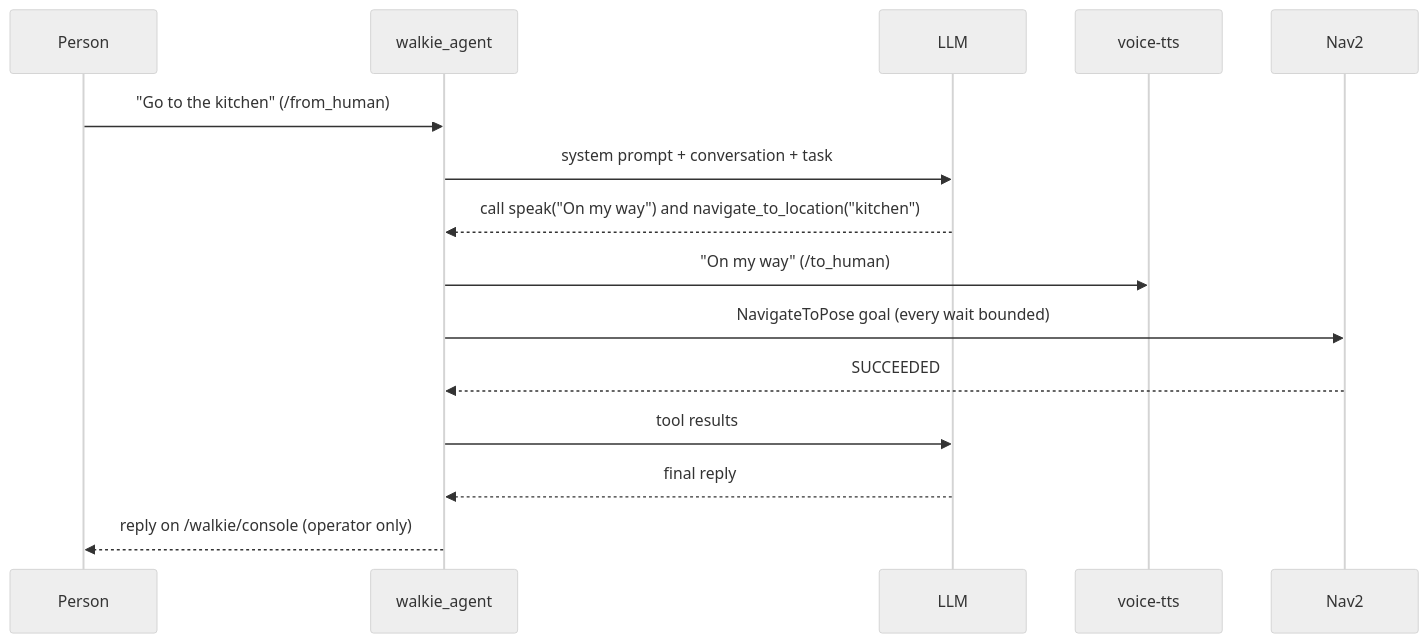
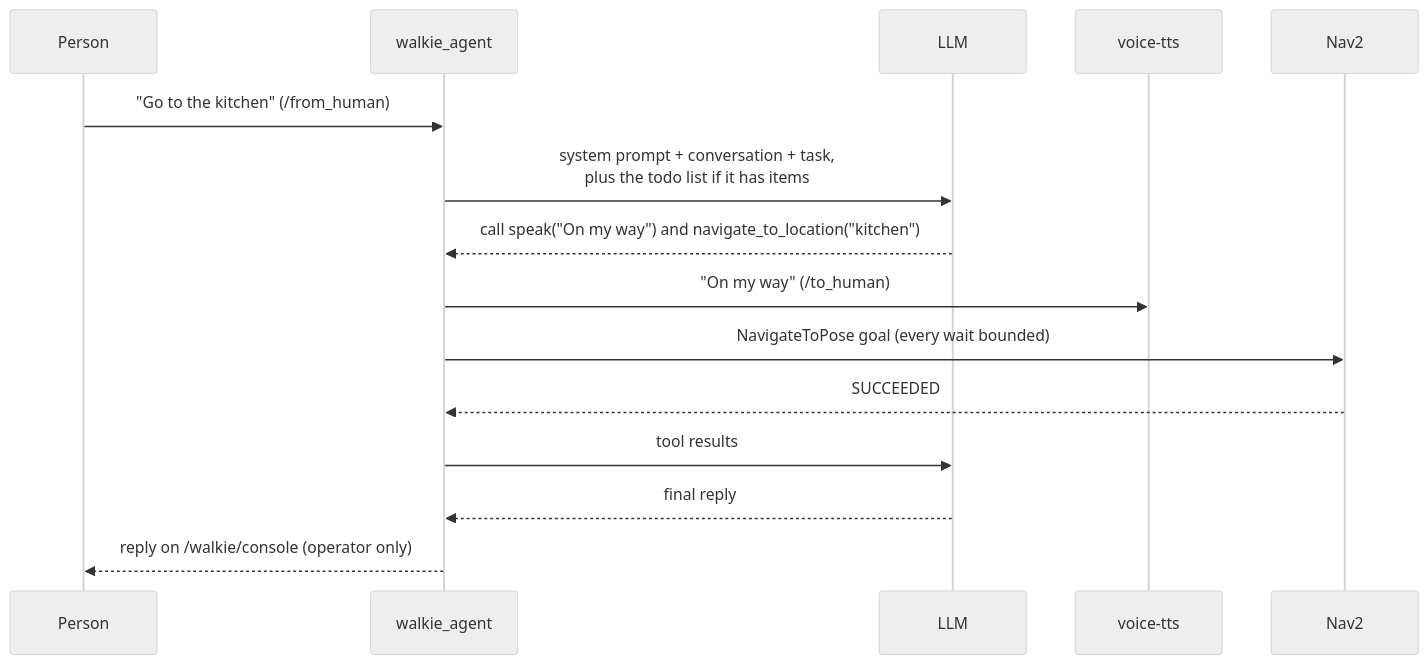
One commit to EIC-Robocup-2026/walkie-agent-ros changed the second of 4 diagrams in docs/architecture/agent.md. Above: the diagram before and after it, drawn with Mermaid (neutral theme). The commit also changed other lines of this file and 14 other files, not shown here.

First line of the commit message:
feat: run the agent on its own graph with the todo list

````diff
--- a/docs/architecture/agent.md
+++ b/docs/architecture/agent.md
@@ -96,18 +106,18 @@
 ```mermaid
 sequenceDiagram
   participant P as Person
   participant A as walkie_agent
   participant L as LLM
   participant T as voice-tts
   participant N as Nav2
 
   P->>A: "Go to the kitchen" (/from_human)
-  A->>L: system prompt + conversation + task
+  A->>L: system prompt + conversation + task,<br/>plus the todo list if it has items
   L-->>A: call speak("On my way") and navigate_to_location("kitchen")
   A->>T: "On my way" (/to_human)
   A->>N: NavigateToPose goal (every wait bounded)
   N-->>A: SUCCEEDED
   A->>L: tool results
   L-->>A: final reply
   A-->>P: reply on /walkie/console (operator only)
 ```
````
